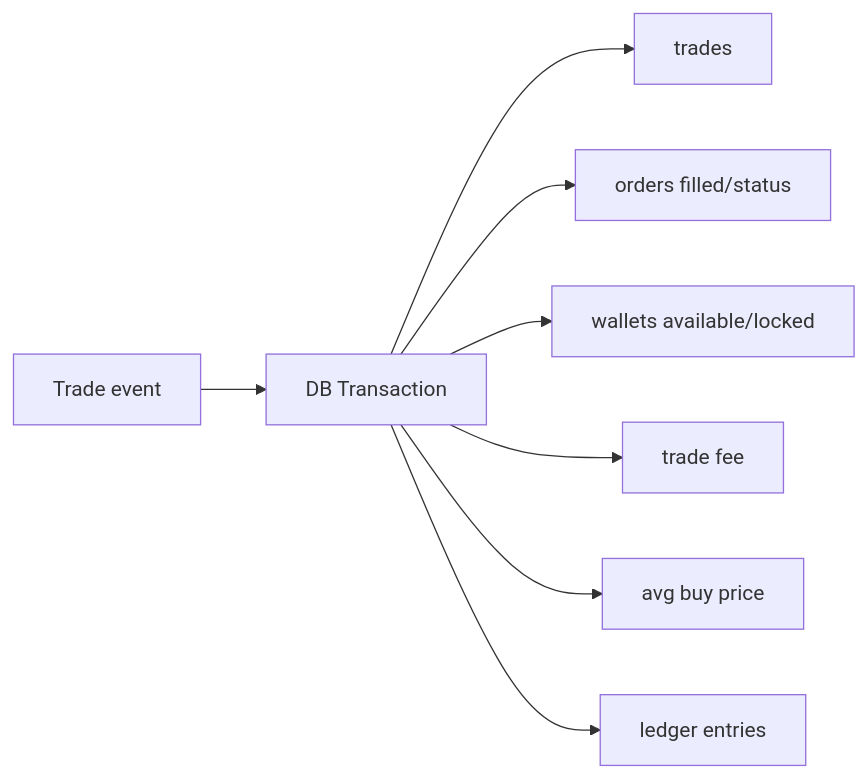
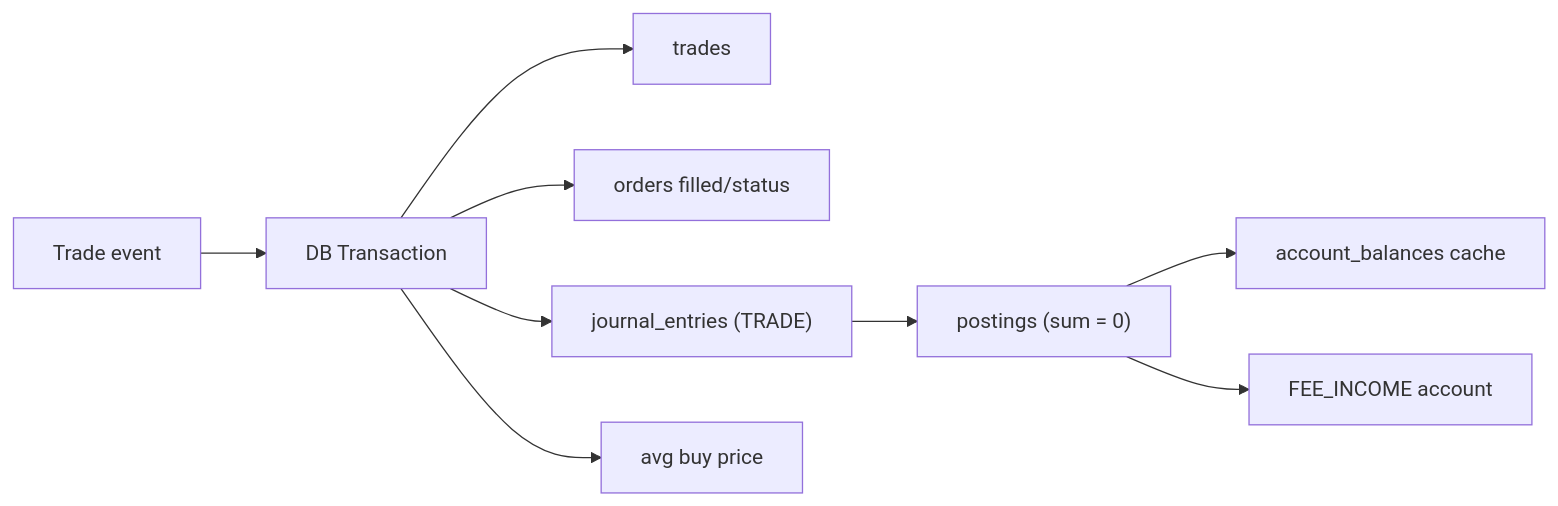
The third of 3 diagrams in README.md (Go-Exchange-Project/Go-exchange-back), drawn with Mermaid before and after one commit. The commit also changed other lines of this file and 4 other files, not shown here.

````diff
--- a/README.md
+++ b/README.md
@@ -141,19 +198,21 @@
 ```mermaid
 flowchart LR
     Trade["Trade event"]
     Tx["DB Transaction"]
     Trades["trades"]
     Orders["orders filled/status"]
-    Wallets["wallets available/locked"]
-    Fees["trade fee"]
+    Journal["journal_entries (TRADE)"]
+    Postings["postings (sum = 0)"]
+    Balances["account_balances cache"]
+    Fee["FEE_INCOME account"]
     Avg["avg buy price"]
-    Ledger["ledger entries"]
 
     Trade --> Tx
     Tx --> Trades
     Tx --> Orders
-    Tx --> Wallets
-    Tx --> Fees
     Tx --> Avg
-    Tx --> Ledger
+    Tx --> Journal
+    Journal --> Postings
+    Postings --> Balances
+    Postings --> Fee
 ```
````
